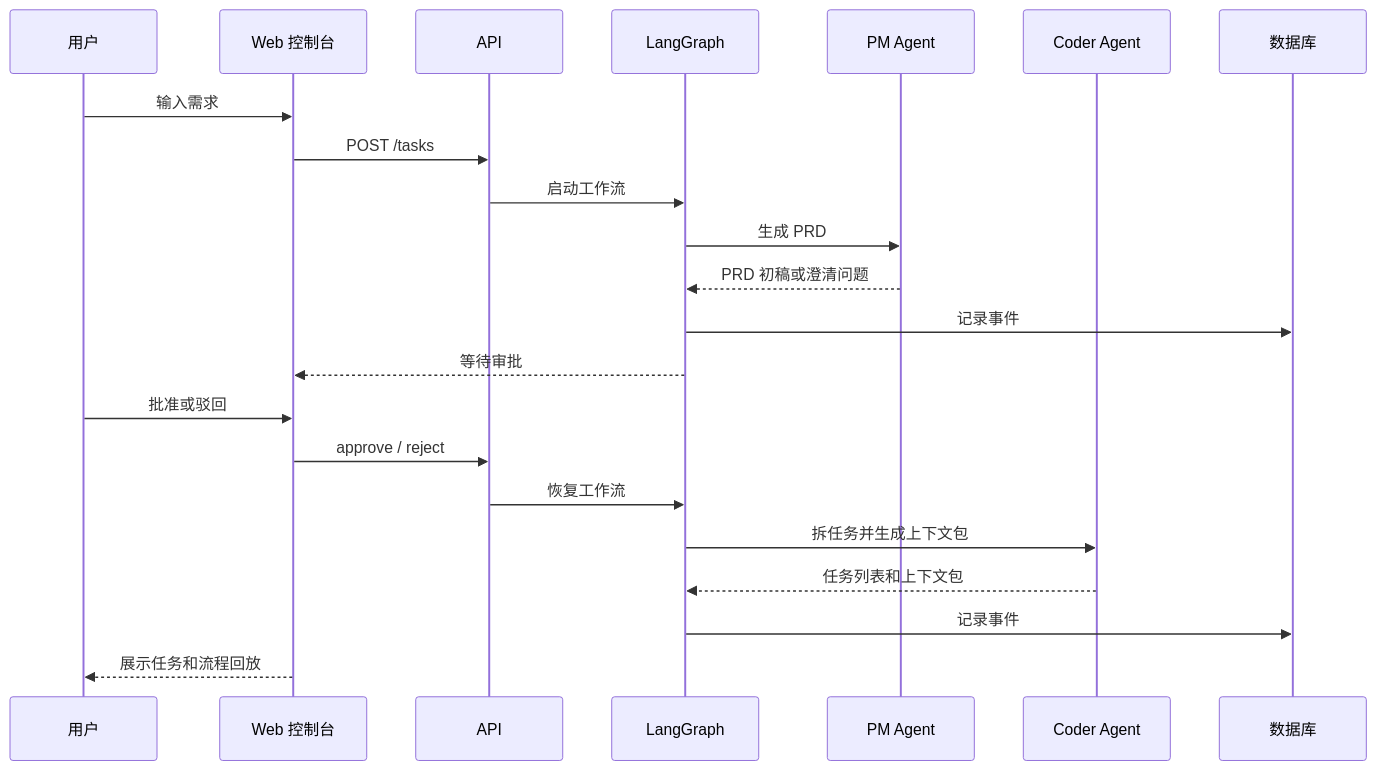
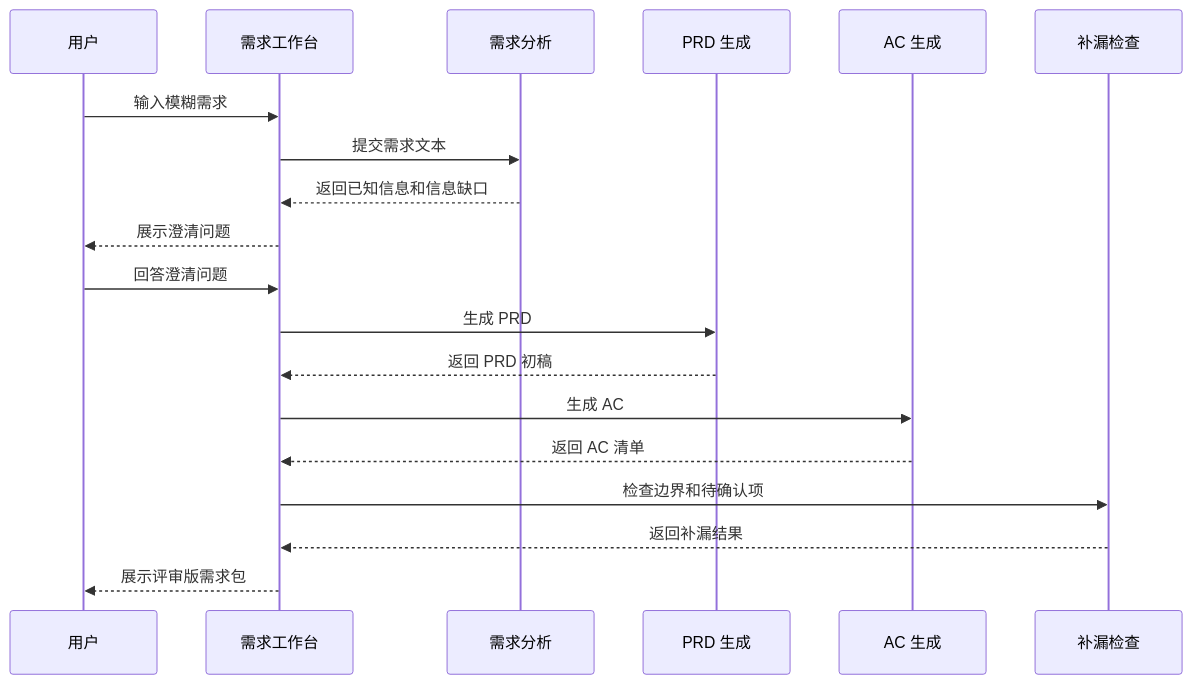
One commit to sujianjob/DevSmart changed the first of 2 diagrams in docs/03-architecture/System_Flow_Diagrams.md. Above: the diagram before and after it, drawn with Mermaid. The commit also changed other lines of this file and 33 other files, not shown here.

````diff
--- a/docs/03-architecture/System_Flow_Diagrams.md
+++ b/docs/03-architecture/System_Flow_Diagrams.md
@@ -5,25 +5,22 @@
 ```mermaid
 sequenceDiagram
     participant U as 用户
-    participant W as Web 控制台
-    participant A as API
-    participant G as LangGraph
-    participant PM as PM Agent
-    participant C as Coder Agent
-    participant DB as 数据库
+    participant W as 需求工作台
+    participant A as 需求分析
+    participant P as PRD 生成
+    participant C as AC 生成
+    participant G as 补漏检查
 
-    U->>W: 输入需求
-    W->>A: POST /tasks
-    A->>G: 启动工作流
-    G->>PM: 生成 PRD
-    PM-->>G: PRD 初稿或澄清问题
-    G->>DB: 记录事件
-    G-->>W: 等待审批
-    U->>W: 批准或驳回
-    W->>A: approve / reject
-    A->>G: 恢复工作流
-    G->>C: 拆任务并生成上下文包
-    C-->>G: 任务列表和上下文包
-    G->>DB: 记录事件
-    W-->>U: 展示任务和流程回放
+    U->>W: 输入模糊需求
+    W->>A: 提交需求文本
+    A-->>W: 返回已知信息和信息缺口
+    W-->>U: 展示澄清问题
+    U->>W: 回答澄清问题
+    W->>P: 生成 PRD
+    P-->>W: 返回 PRD 初稿
+    W->>C: 生成 AC
+    C-->>W: 返回 AC 清单
+    W->>G: 检查边界和待确认项
+    G-->>W: 返回补漏结果
+    W-->>U: 展示评审版需求包
 ```
````
